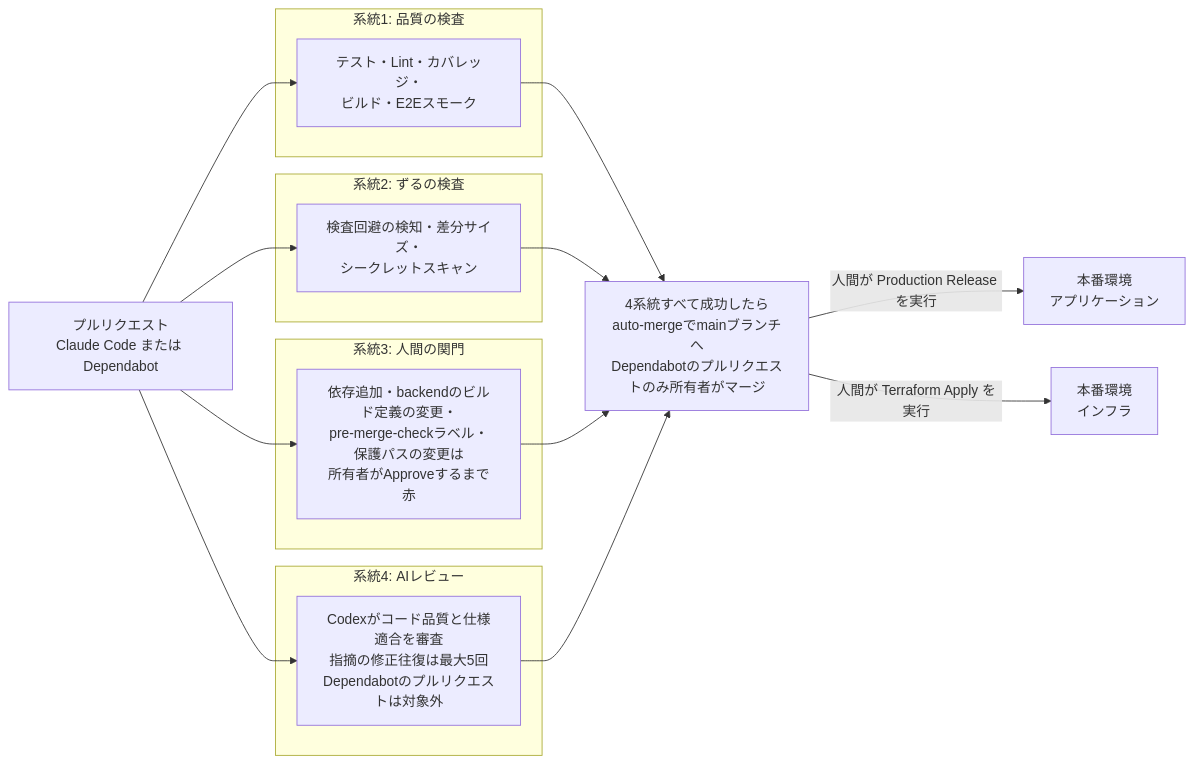
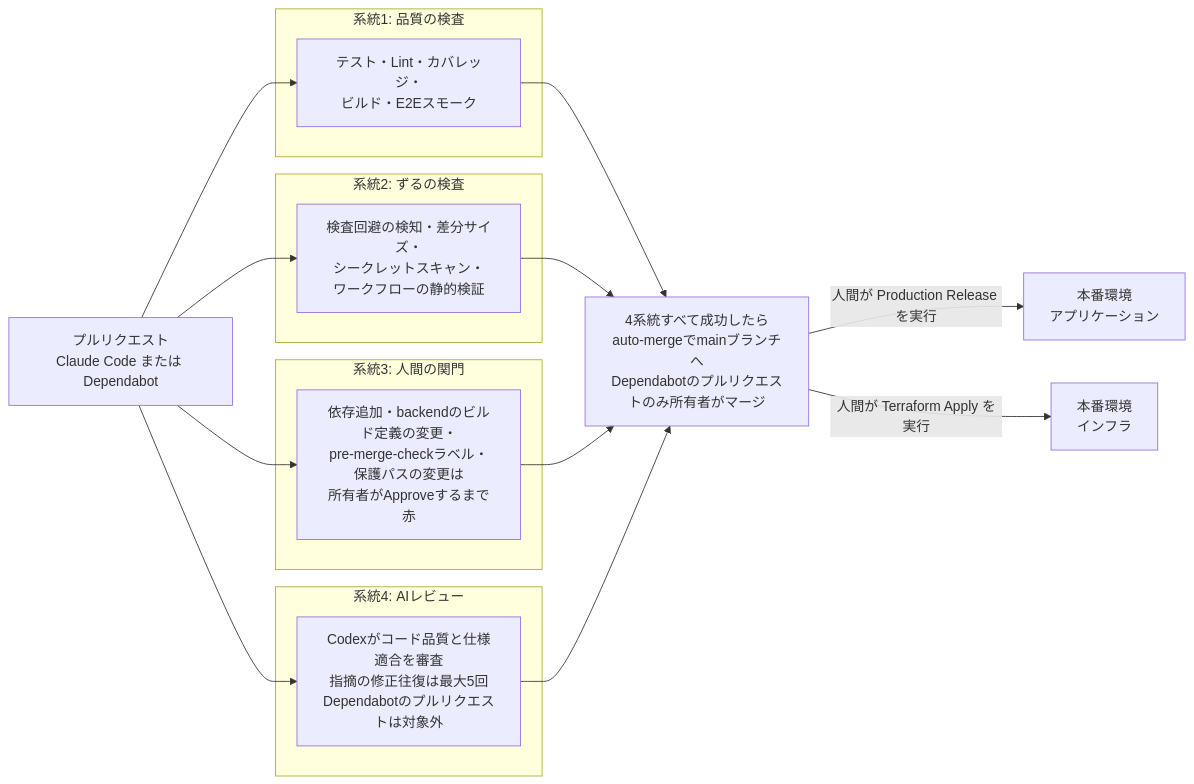
One commit to DogisRiki/KeirekiPro changed the first of 2 diagrams in README.md. Above: the diagram before and after it, drawn with Mermaid. The commit also changed other lines of this file and 3 other files, not shown here.

````diff
--- a/README.md
+++ b/README.md
@@ -53,27 +53,27 @@
 ```mermaid
 flowchart LR
     PR[プルリクエスト<br>Claude Code または Dependabot]
 
     subgraph s1[系統1: 品質の検査]
         Q[テスト・Lint・カバレッジ・<br>ビルド・E2Eスモーク]
     end
     subgraph s2[系統2: ずるの検査]
-        Z[検査回避の検知・差分サイズ・<br>シークレットスキャン]
+        Z[検査回避の検知・差分サイズ・<br>シークレットスキャン・<br>ワークフローの静的検証]
     end
     subgraph s3[系統3: 人間の関門]
         H[依存追加・backendのビルド定義の変更・<br>pre-merge-checkラベル・保護パスの変更は<br>所有者がApproveするまで赤]
     end
     subgraph s4[系統4: AIレビュー]
         A[Codexがコード品質と仕様適合を審査<br>指摘の修正往復は最大5回<br>Dependabotのプルリクエストは対象外]
     end
 
     PR --> Q
     PR --> Z
     PR --> H
     PR --> A
 
     Q & Z & H & A --> M[4系統すべて成功したら<br>auto-mergeでmainブランチへ<br>Dependabotのプルリクエストのみ所有者がマージ]
 
     M -->|人間が Production Release を実行| App[本番環境<br>アプリケーション]
     M -->|人間が Terraform Apply を実行| Infra[本番環境<br>インフラ]
 ```
````
